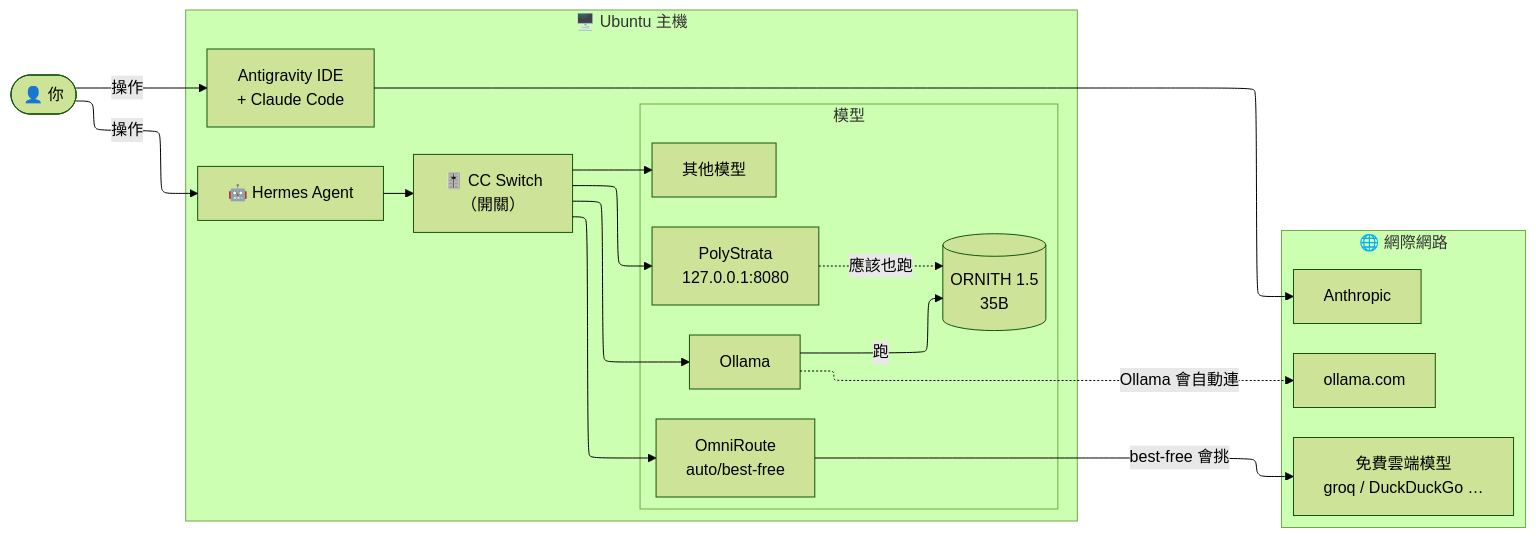
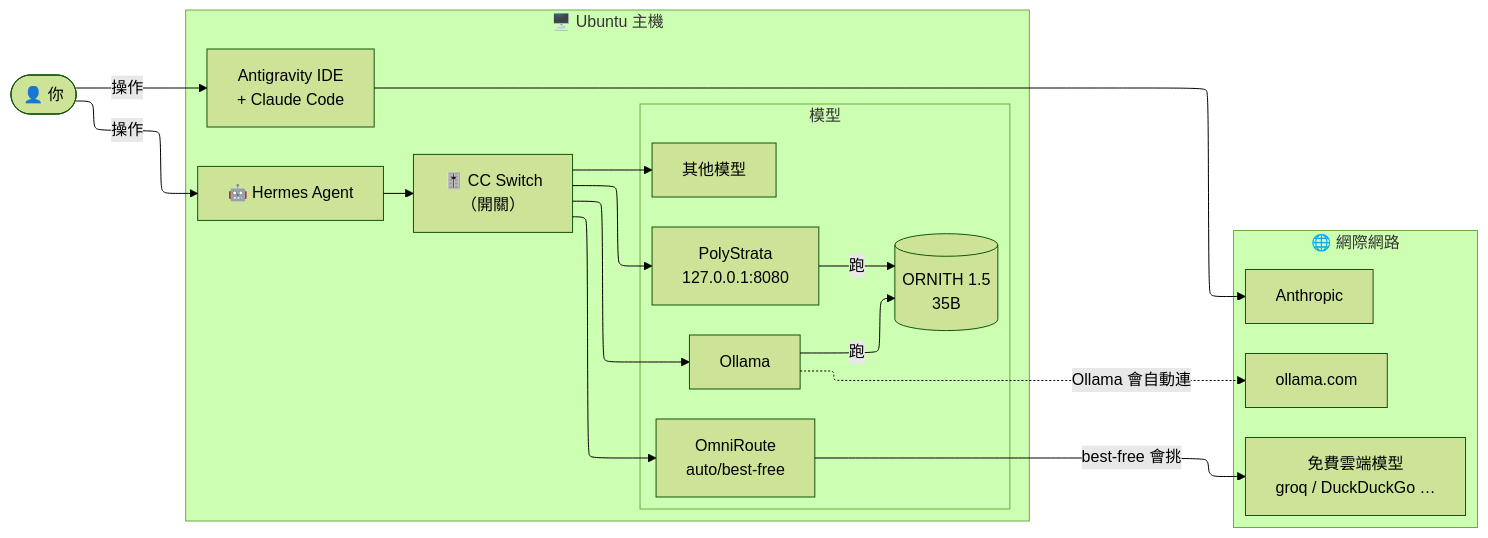
The diagram in hermes-sandbox/architecture-before.mmd (puBILYYEN/test), drawn with Mermaid (forest theme) before and after one commit. The commit also changed 1 other file, not shown here.

Commit message:
Confirm PolyStrata runs ORNITH 1.5 35B
Claude-Session: https://claude.ai/code/session_01WirDqXFnyExysTDHXtB3QR

```diff
--- a/hermes-sandbox/architecture-before.mmd
+++ b/hermes-sandbox/architecture-before.mmd
@@ -1,46 +1,46 @@
 ---
 config:
   layout: elk
 ---
 %% 加入沙盒之前的 AI 系統架構（Ubuntu）
 %% 實線 = 已確認｜虛線 = 推測或尚未確認
 flowchart LR
     user(["👤 你"])
 
     subgraph host["🖥️ Ubuntu 主機"]
         direction LR
         hermes["🤖 Hermes Agent"]
         ccs["🎚️ CC Switch<br/>（開關）"]
         ide["Antigravity IDE<br/>+ Claude Code"]
 
         subgraph models["模型"]
             direction TB
             ollama["Ollama"]
             poly["PolyStrata<br/>127.0.0.1:8080"]
             ornith[("ORNITH 1.5<br/>35B")]
             omni["OmniRoute<br/>auto/best-free"]
             other["其他模型"]
         end
     end
 
     subgraph internet["🌐 網際網路"]
         direction TB
         ollamacom["ollama.com"]
         cloud["免費雲端模型<br/>groq / DuckDuckGo …"]
         anthropic["Anthropic"]
     end
 
     user -->|"操作"| hermes
     user -->|"操作"| ide
     hermes --> ccs
     ccs --> ollama
     ccs --> poly
     ccs --> omni
     ccs --> other
 
     ollama -->|"跑"| ornith
-    poly -.->|"應該也跑"| ornith
+    poly -->|"跑"| ornith
 
     ollama -.->|"Ollama 會自動連"| ollamacom
     omni -->|"best-free 會挑"| cloud
     ide --> anthropic
```
